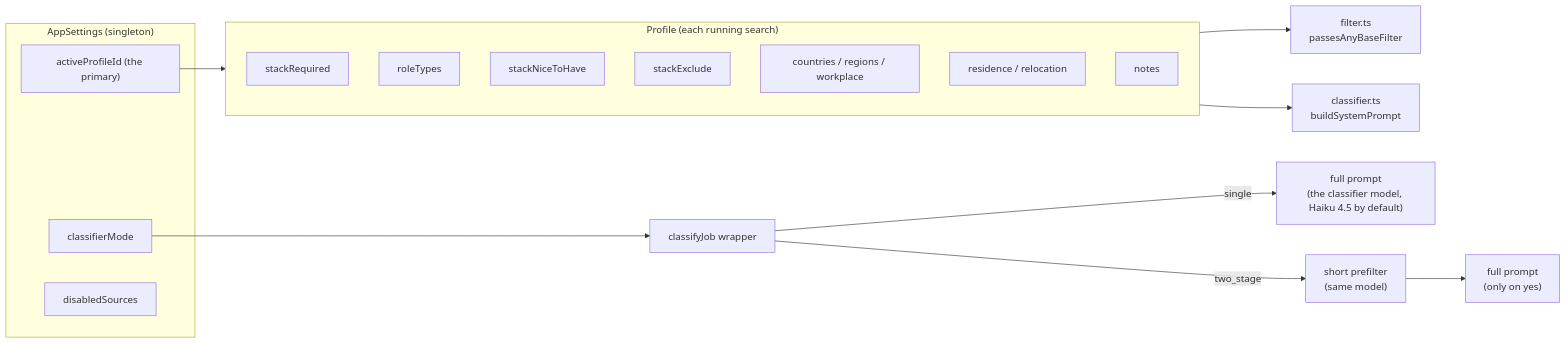
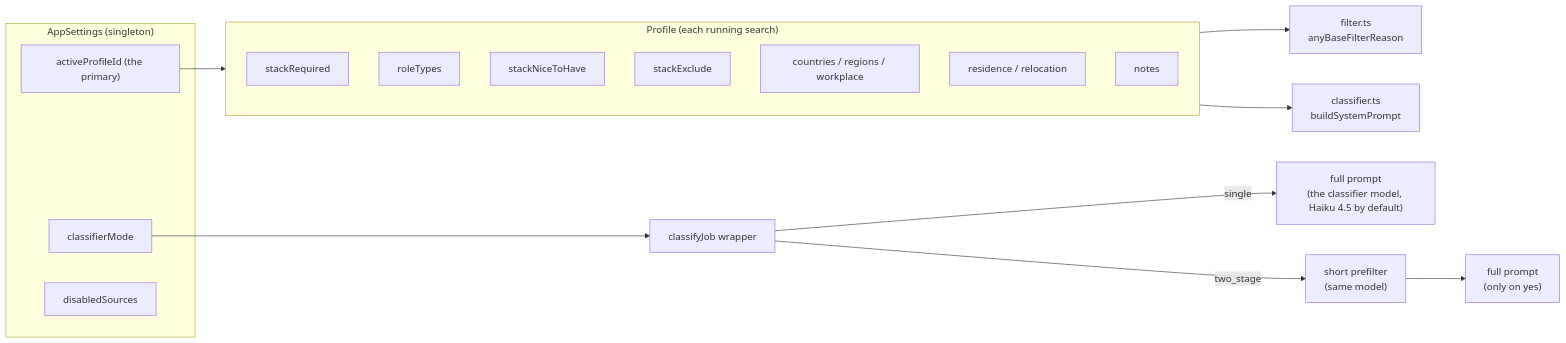
Before and after one commit to applypack/applypack: the fourth of 5 diagrams in ARCHITECTURE.md, drawn with Mermaid. The commit also changed other lines of this file and 2 other files, not shown here.

Commit message:
docs name anyBaseFilterReason as the filter every caller uses

````diff
--- a/ARCHITECTURE.md
+++ b/ARCHITECTURE.md
@@ -175,23 +175,23 @@
 ```mermaid
 flowchart LR
   subgraph settings["AppSettings (singleton)"]
     primary["activeProfileId (the primary)"]
     mode[classifierMode]
     disabled[disabledSources]
   end
   subgraph profile["Profile (each running search)"]
     required[stackRequired]
     roles[roleTypes]
     nice[stackNiceToHave]
     exclude[stackExclude]
     place[countries / regions / workplace]
     living[residence / relocation]
     notes
   end
   primary --> profile
-  profile --> filter["filter.ts<br/>passesAnyBaseFilter"]
+  profile --> filter["filter.ts<br/>anyBaseFilterReason"]
   profile --> classifier["classifier.ts<br/>buildSystemPrompt"]
   mode --> classify["classifyJob wrapper"]
   classify -- "single" --> full["full prompt<br/>(the classifier model, Haiku 4.5 by default)"]
   classify -- "two_stage" --> pre["short prefilter<br/>(same model)"] --> after["full prompt<br/>(only on yes)"]
 ```
````
